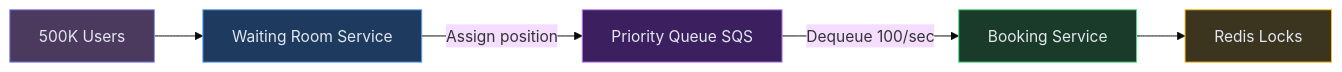
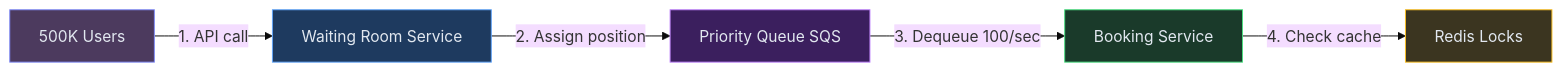
One commit to iluzn/HLD-Designs changed the tenth of 11 diagrams in content/hld/BookMyShow.md. Above: the diagram before and after it, drawn with Mermaid (base theme). The commit also changed other lines of this file and 27 other files, not shown here.

````diff
--- a/content/hld/BookMyShow.md
+++ b/content/hld/BookMyShow.md
@@ -615,19 +615,19 @@
 ```mermaid
 flowchart LR
     Users["500K Users"]:::client
     WR["Waiting Room Service"]:::edge
     Q["Priority Queue SQS"]:::async
     BS["Booking Service"]:::service
     RL["Redis Locks"]:::data
 
-    Users --> WR
-    WR -->|"Assign position"| Q
-    Q -->|"Dequeue 100/sec"| BS
-    BS --> RL
+    Users -->|"1. API call"| WR
+    WR -->|"2. Assign position"| Q
+    Q -->|"3. Dequeue 100/sec"| BS
+    BS -->|"4. Check cache"| RL
 
     classDef client fill:#4c3a5e,stroke:#818cf8,color:#e2e8f0
     classDef edge fill:#1e3a5f,stroke:#60a5fa,color:#e2e8f0
     classDef service fill:#1a3a2a,stroke:#4ade80,color:#e2e8f0
     classDef async fill:#3b1f5e,stroke:#c084fc,color:#e2e8f0
     classDef data fill:#3b3520,stroke:#fbbf24,color:#e2e8f0
 ```
````
